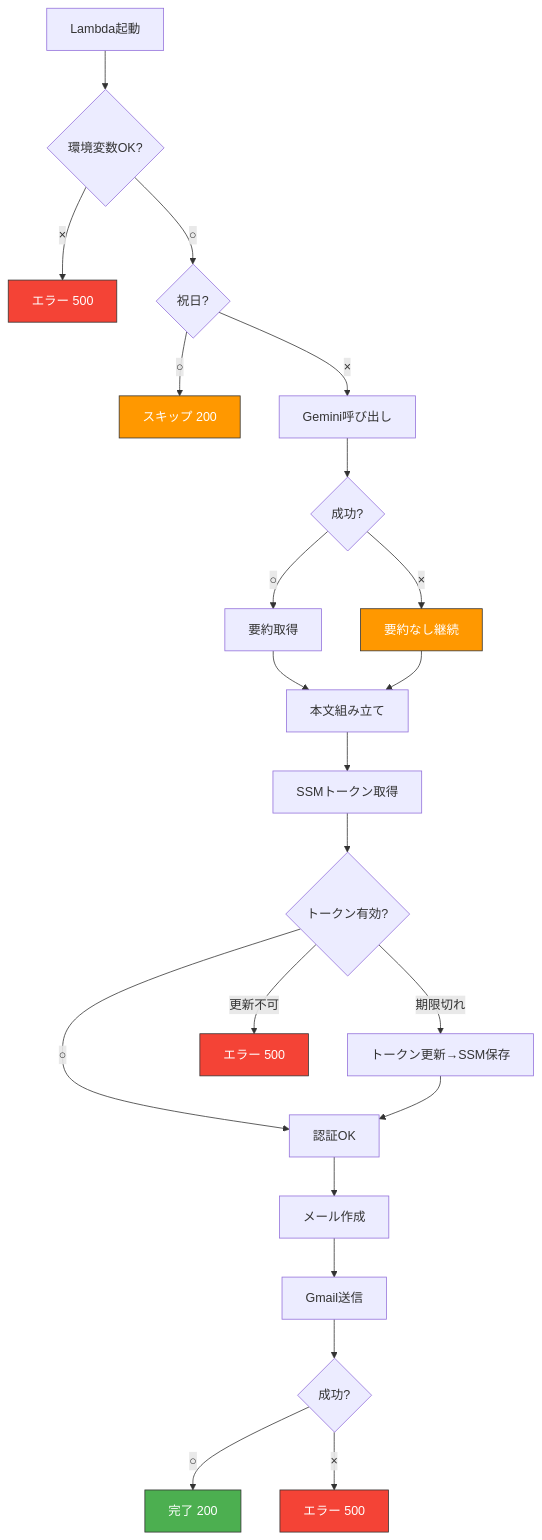
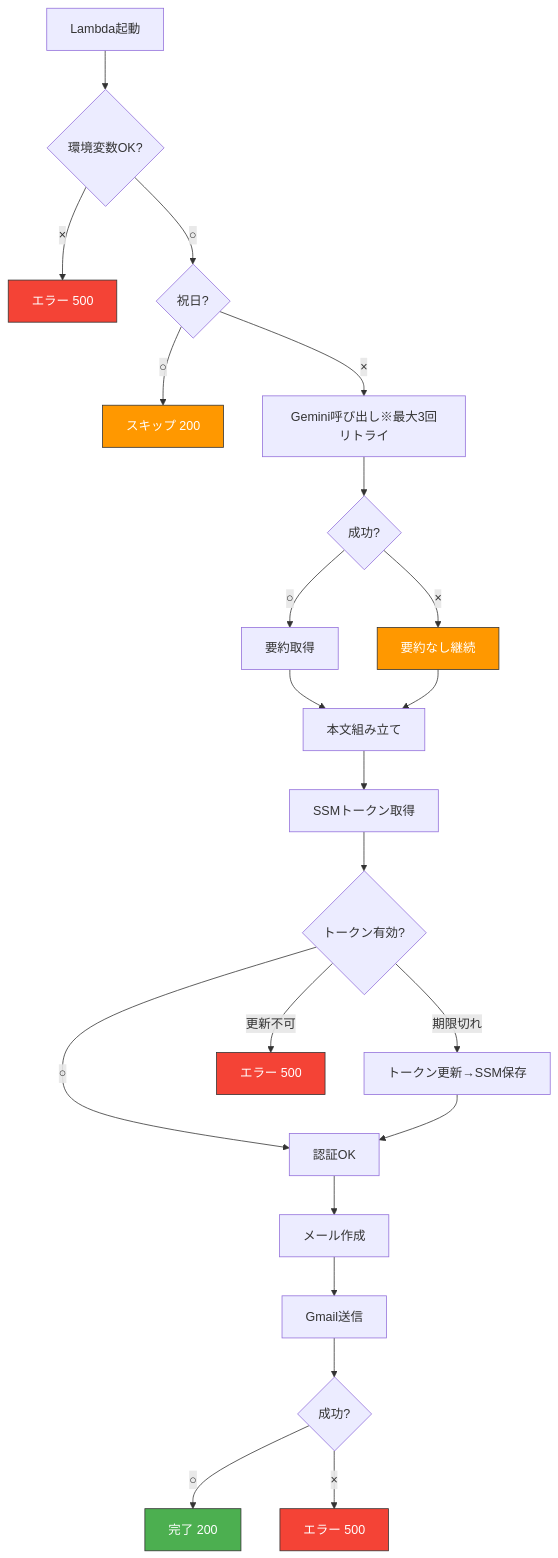
One commit to takeshiyoshida76-cell/takeshiyoshida76 changed the second of 2 diagrams in docs/日報自動送信処理 基本設計書.md. Above: the diagram before and after it, drawn with Mermaid. The commit also changed other lines of this file, not shown here.

````diff
--- a/docs/日報自動送信処理 基本設計書.md
+++ b/docs/日報自動送信処理 基本設計書.md
@@ -51,31 +51,31 @@
 ```mermaid
 flowchart TD
     A[Lambda起動] --> B{環境変数OK?}
     B -->|×| C[エラー 500]
     B -->|○| D{祝日?}
     D -->|○| E[スキップ 200]
-    D -->|×| F[Gemini呼び出し]
+    D -->|×| F[Gemini呼び出し※最大3回リトライ]
     F --> G{成功?}
     G -->|○| H[要約取得]
     G -->|×| I[要約なし継続]
     H --> J[本文組み立て]
     I --> J
     J --> K[SSMトークン取得]
     K --> L{トークン有効?}
     L -->|○| N[認証OK]
     L -->|期限切れ| M[トークン更新→SSM保存]
     M --> N
     L -->|更新不可| O[エラー 500]
     N --> P[メール作成]
     P --> Q[Gmail送信]
     Q --> R{成功?}
     R -->|○| S[完了 200]
     R -->|×| T[エラー 500]
 
     style C fill:#F44336,stroke:#333,color:#fff
     style E fill:#FF9800,stroke:#333,color:#fff
     style I fill:#FF9800,stroke:#333,color:#fff
     style O fill:#F44336,stroke:#333,color:#fff
     style T fill:#F44336,stroke:#333,color:#fff
     style S fill:#4CAF50,stroke:#333,color:#fff
 ```
````
